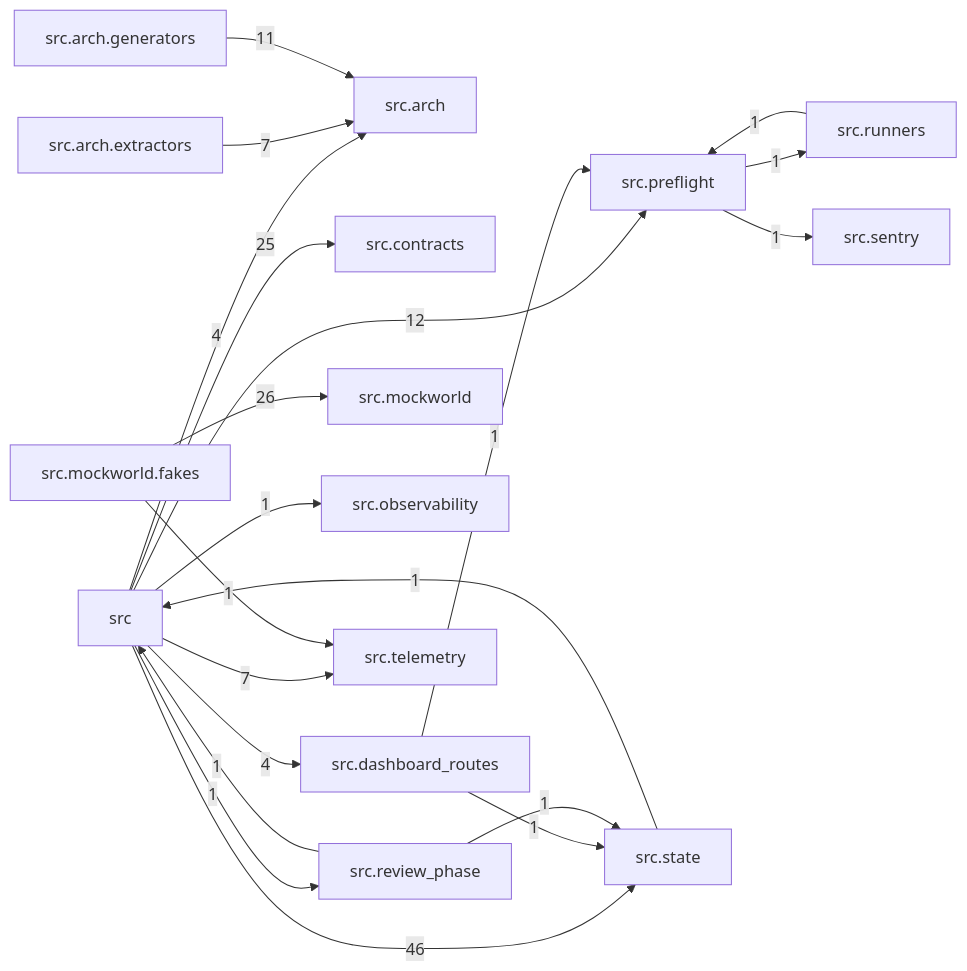
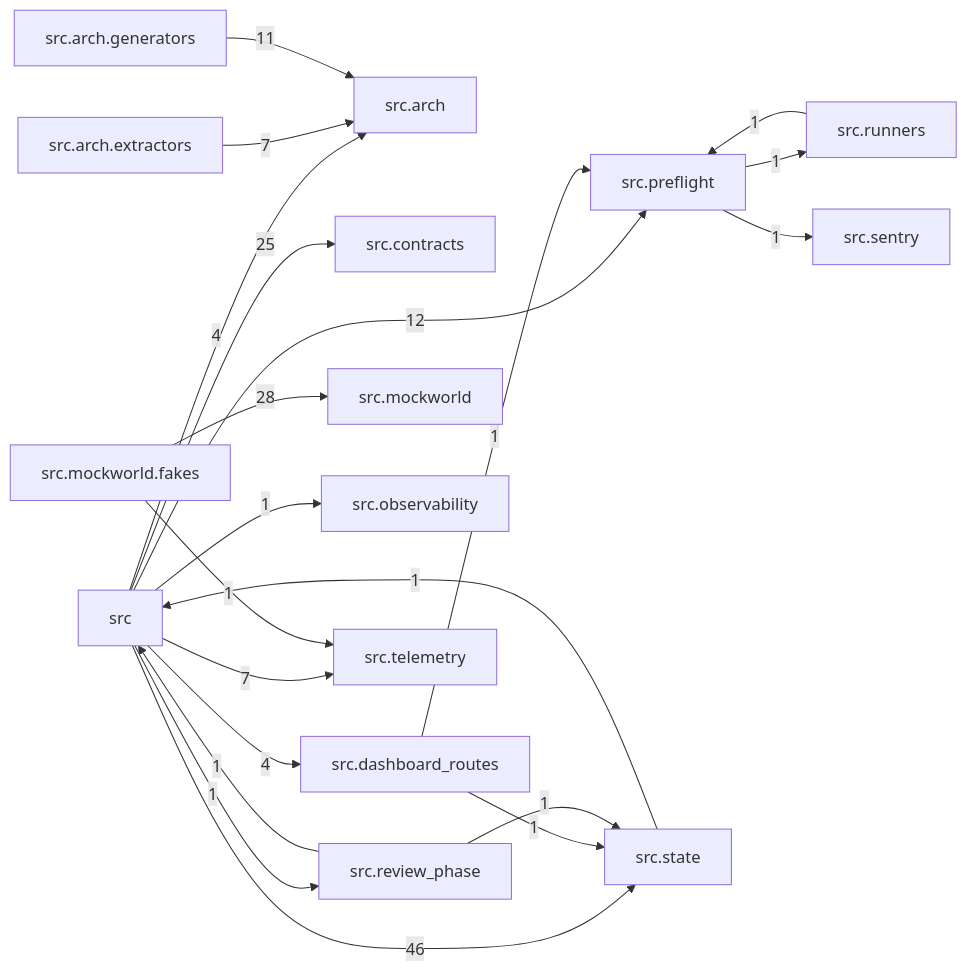
The diagram in docs/arch/generated/modules.md (T-rav/hydraflow), drawn with Mermaid before and after one commit. The commit also changed other lines of this file and 11 other files, not shown here.

````diff
--- a/docs/arch/generated/modules.md
+++ b/docs/arch/generated/modules.md
@@ -7,38 +7,38 @@
 ```mermaid
 graph LR
     src["src"]
     src_arch["src.arch"]
     src_arch_extractors["src.arch.extractors"]
     src_arch_generators["src.arch.generators"]
     src_contracts["src.contracts"]
     src_dashboard_routes["src.dashboard_routes"]
     src_mockworld["src.mockworld"]
     src_mockworld_fakes["src.mockworld.fakes"]
     src_observability["src.observability"]
     src_preflight["src.preflight"]
     src_review_phase["src.review_phase"]
     src_runners["src.runners"]
     src_sentry["src.sentry"]
     src_state["src.state"]
     src_telemetry["src.telemetry"]
     src -- "4" --> src_arch
     src -- "25" --> src_contracts
     src -- "4" --> src_dashboard_routes
     src -- "1" --> src_observability
     src -- "12" --> src_preflight
     src -- "1" --> src_review_phase
     src -- "46" --> src_state
     src -- "7" --> src_telemetry
     src_arch_extractors -- "7" --> src_arch
     src_arch_generators -- "11" --> src_arch
     src_dashboard_routes -- "1" --> src_preflight
     src_dashboard_routes -- "1" --> src_state
-    src_mockworld_fakes -- "26" --> src_mockworld
+    src_mockworld_fakes -- "28" --> src_mockworld
     src_mockworld_fakes -- "1" --> src_telemetry
     src_preflight -- "1" --> src_runners
     src_preflight -- "1" --> src_sentry
     src_review_phase -- "1" --> src
     src_review_phase -- "1" --> src_state
     src_runners -- "1" --> src_preflight
     src_state -- "1" --> src
 ```
````
